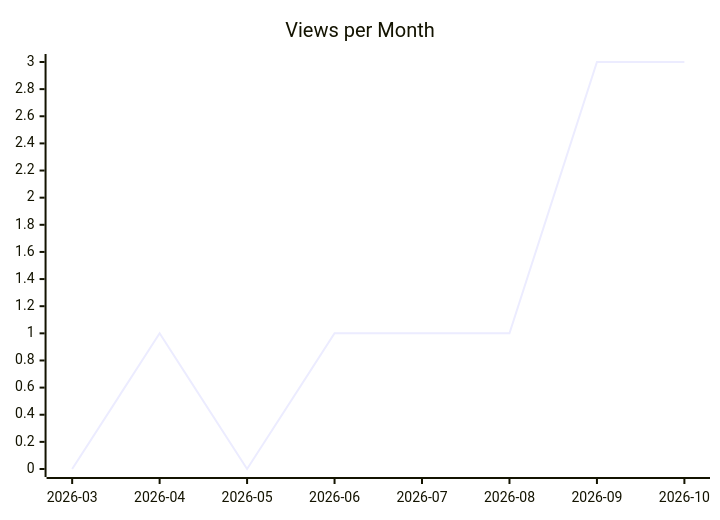
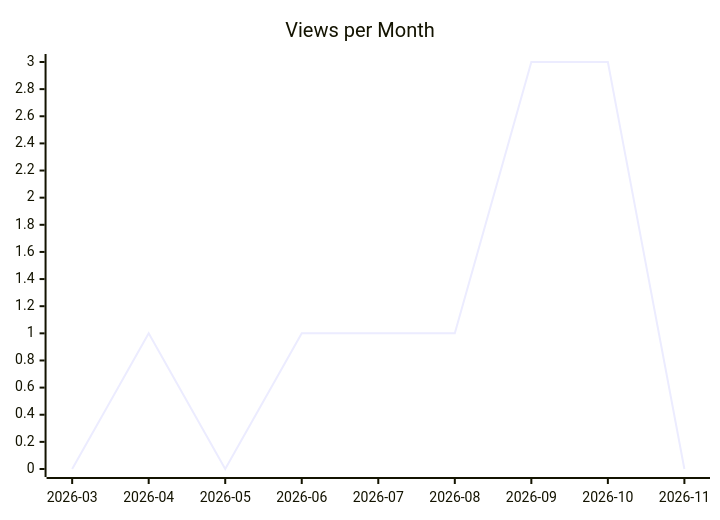
The second of 3 diagrams in karlmdavis/ansible-role-rcm-dotfiles/README.md (justdavis-family/github-analytics-data), drawn with Mermaid before and after one commit. The commit also changed other lines of this file and 201 other files, not shown here.

````diff
--- a/karlmdavis/ansible-role-rcm-dotfiles/README.md
+++ b/karlmdavis/ansible-role-rcm-dotfiles/README.md
@@ -12,6 +12,6 @@
 ```mermaid
 xychart-beta
   title "Views per Month"
-  x-axis ["2026-03", "2026-04", "2026-05", "2026-06", "2026-07", "2026-08", "2026-09", "2026-10"]
-  line [0, 1, 0, 1, 1, 1, 3, 3]
+  x-axis ["2026-03", "2026-04", "2026-05", "2026-06", "2026-07", "2026-08", "2026-09", "2026-10", "2026-11"]
+  line [0, 1, 0, 1, 1, 1, 3, 3, 0]
 ```
````
